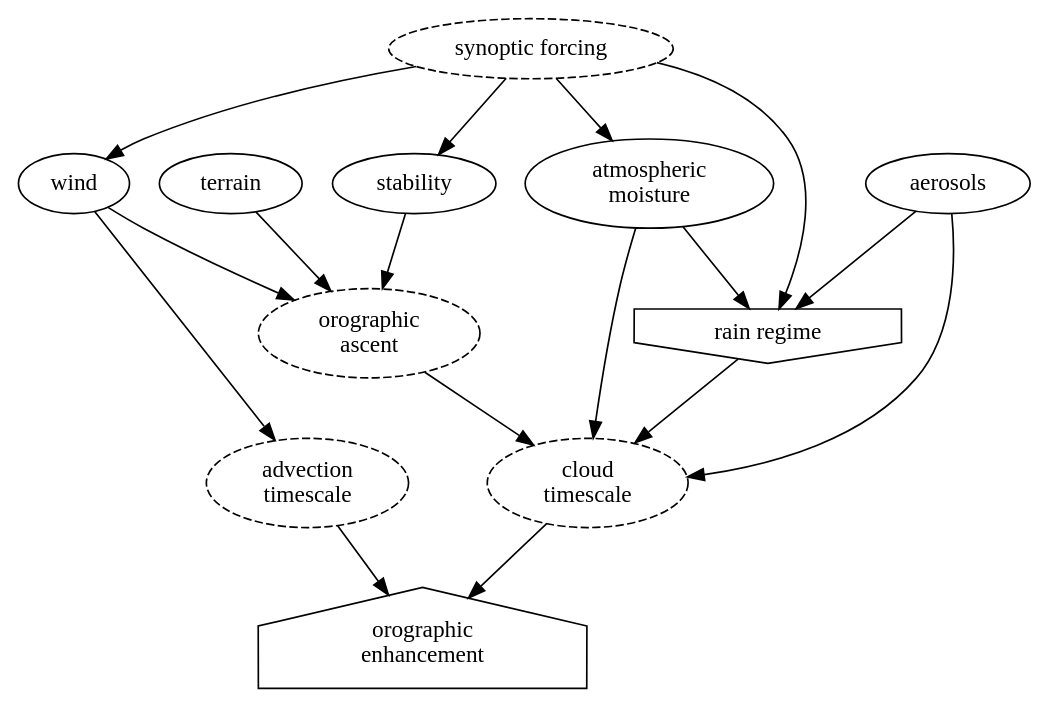
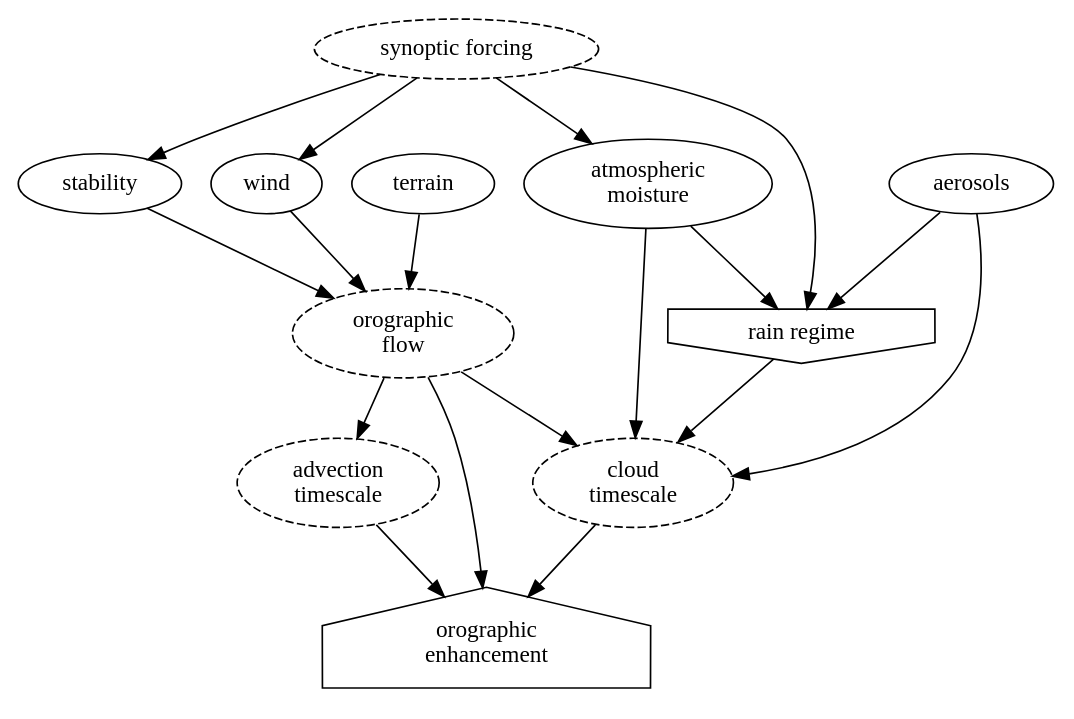
One commit to massma/causality-earth-science changed the diagram in dot/ccope.dot. Above: the diagram before and after it, drawn with Graphviz. The commit also changed 2 other files, not shown here.

```diff
--- a/dot/ccope.dot
+++ b/dot/ccope.dot
@@ -1,33 +1,34 @@
 digraph G {
 	synopticForcing[label="synoptic forcing", style="dashed"];
-	orographicLift[label="orographic\nascent", style="dashed"];
+	orographicFlow[label="orographic\nflow", style="dashed"];
 	cloudTimescale[label="cloud\ntimescale", style="dashed"];
 	advectionTimescale[label="advection\ntimescale", style="dashed"];
 	rainRegime[label="rain regime", shape="invhouse"];
 	orographicEnhancement[label="orographic\nenhancement", shape="house"];
 	stability[label="stability"];
 	wind[label="wind"];
 	aerosols[label="aerosols"];
 	terrain[label="terrain"];
 	columnWater[label="atmospheric\nmoisture"];
 
 
 	aerosols -> rainRegime;
 	aerosols -> cloudTimescale;
 	rainRegime -> cloudTimescale;
 	synopticForcing -> rainRegime;
 	synopticForcing -> stability;
 	synopticForcing -> wind;
 	synopticForcing -> columnWater;
 	columnWater -> cloudTimescale;
 	columnWater -> rainRegime;
-	orographicLift -> cloudTimescale;
-	stability -> orographicLift;
-	wind -> orographicLift;
-	terrain -> orographicLift;
-	wind -> advectionTimescale;
+	orographicFlow -> cloudTimescale;
+	stability -> orographicFlow;
+	wind -> orographicFlow;
+	terrain -> orographicFlow;
+	orographicFlow -> advectionTimescale;
+        orographicFlow -> orographicEnhancement;
 	cloudTimescale -> orographicEnhancement;
 	advectionTimescale -> orographicEnhancement;
 
 
 }
```
